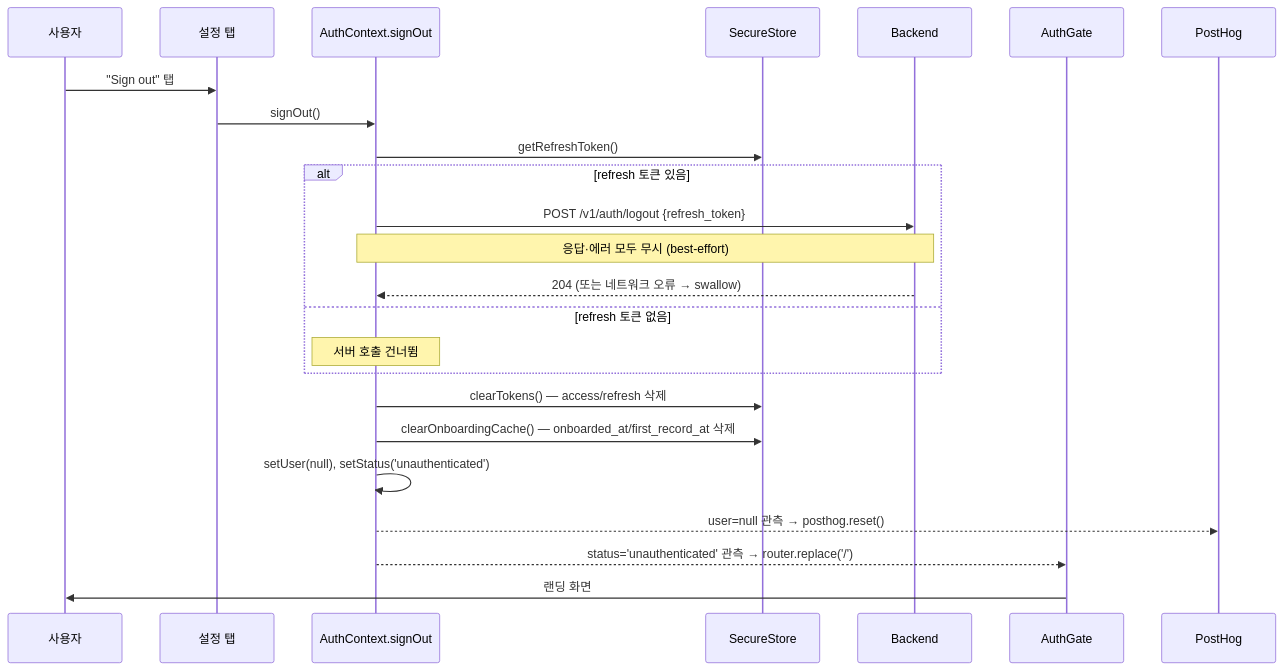
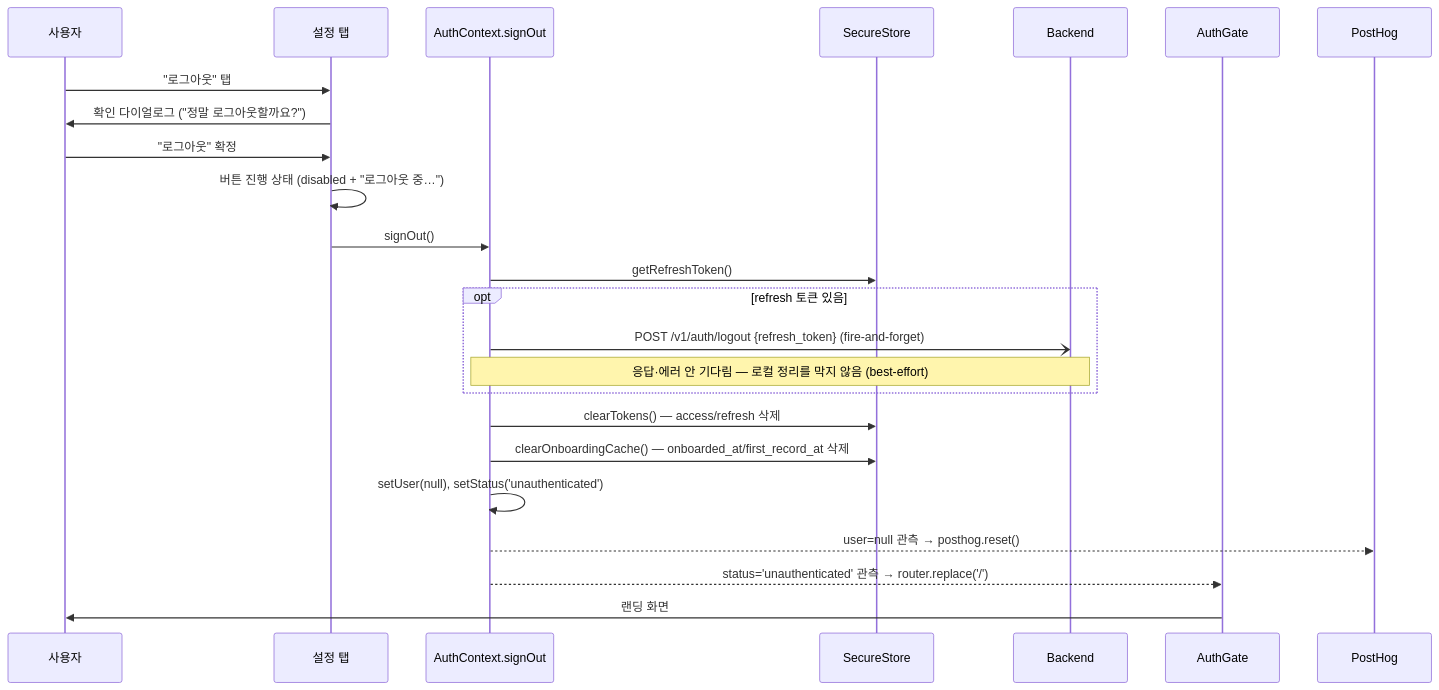
The diagram in docs/engineering/client-logout-process.md (dlddu/dear-baby), drawn with Mermaid before and after one commit. The commit also changed other lines of this file and 6 other files, not shown here.

First line of the commit message:
fix(auth): 세션 만료 즉시 로그아웃 + 로그아웃 UX·한국어 라벨 개선

````diff
--- a/docs/engineering/client-logout-process.md
+++ b/docs/engineering/client-logout-process.md
@@ -43,27 +44,27 @@
 ```mermaid
 sequenceDiagram
     participant U as 사용자
     participant ST as 설정 탭
     participant AC as AuthContext.signOut
     participant SS as SecureStore
     participant BE as Backend
     participant AG as AuthGate
     participant PH as PostHog
 
-    U->>ST: "Sign out" 탭
+    U->>ST: "로그아웃" 탭
+    ST->>U: 확인 다이얼로그 ("정말 로그아웃할까요?")
+    U->>ST: "로그아웃" 확정
+    ST->>ST: 버튼 진행 상태 (disabled + "로그아웃 중…")
     ST->>AC: signOut()
     AC->>SS: getRefreshToken()
-    alt refresh 토큰 있음
-        AC->>BE: POST /v1/auth/logout {refresh_token}
-        Note over AC,BE: 응답·에러 모두 무시 (best-effort)
-        BE-->>AC: 204 (또는 네트워크 오류 → swallow)
-    else refresh 토큰 없음
-        Note over AC: 서버 호출 건너뜀
+    opt refresh 토큰 있음
+        AC-)BE: POST /v1/auth/logout {refresh_token} (fire-and-forget)
+        Note over AC,BE: 응답·에러 안 기다림 — 로컬 정리를 막지 않음 (best-effort)
     end
     AC->>SS: clearTokens() — access/refresh 삭제
     AC->>SS: clearOnboardingCache() — onboarded_at/first_record_at 삭제
     AC->>AC: setUser(null), setStatus('unauthenticated')
     AC-->>PH: user=null 관측 → posthog.reset()
     AC-->>AG: status='unauthenticated' 관측 → router.replace('/')
     AG->>U: 랜딩 화면
 ```
````
